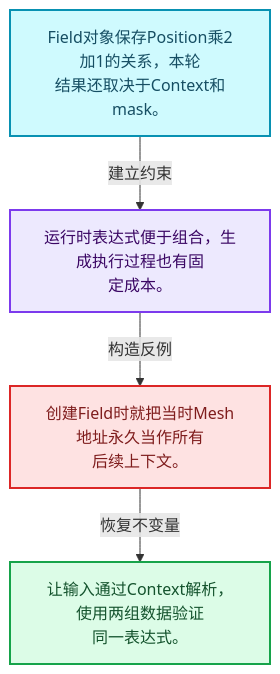
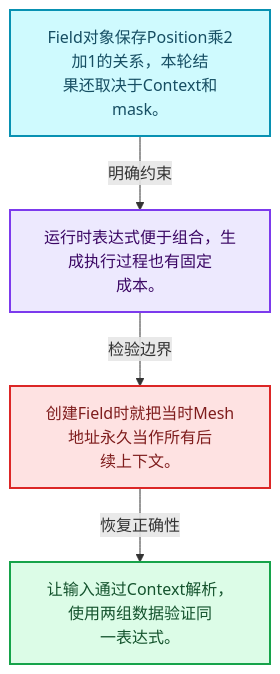
The first of 4 diagrams in 杂/markdown/全面学习-codex/08-Field表达式与求值/01-Field语义与表达式.md (yunkezengren/blender-.vscode), drawn with Mermaid before and after one commit. The commit also changed other lines of this file and 1930 other files, not shown here.

````diff
--- a/杂/markdown/全面学习-codex/08-Field表达式与求值/01-Field语义与表达式.md
+++ b/杂/markdown/全面学习-codex/08-Field表达式与求值/01-Field语义与表达式.md
@@ -29,16 +29,16 @@
 ```mermaid
 flowchart TB
-  M["Field对象保存Position乘2加1的关系，本轮<br/>结果还取决于Context和mask。"]:::data
-  T["运行时表达式便于组合，生成执行过程也有固<br/>定成本。"]:::abstraction
-  X["创建Field时就把当时Mesh地址永久当作所有<br/>后续上下文。"]:::error
-  A["让输入通过Context解析，使用两组数据验证<br/>同一表达式。"]:::result
-  M -->|"建立约束"| T
-  T -->|"构造反例"| X
-  X -->|"恢复不变量"| A
+  M["Field对象保存Position乘2加1的关系，本轮结<br/>果还取决于Context和mask。"]:::data
+  C["运行时表达式便于组合，生成执行过程也有固定<br/>成本。"]:::abstraction
+  B["创建Field时就把当时Mesh地址永久当作所有后<br/>续上下文。"]:::error
+  R["让输入通过Context解析，使用两组数据验证同<br/>一表达式。"]:::result
+  M -->|"明确约束"| C
+  C -->|"检验边界"| B
+  B -->|"恢复正确性"| R
   classDef input fill:#DBEAFE,stroke:#2563EB,color:#172554,stroke-width:2px;
   classDef data fill:#CFFAFE,stroke:#0891B2,color:#164E63,stroke-width:2px;
   classDef abstraction fill:#EDE9FE,stroke:#7C3AED,color:#3B0764,stroke-width:2px;
   classDef compute fill:#FEF3C7,stroke:#D97706,color:#78350F,stroke-width:2px;
   classDef result fill:#DCFCE7,stroke:#16A34A,color:#14532D,stroke-width:2px;
   classDef error fill:#FEE2E2,stroke:#DC2626,color:#7F1D1D,stroke-width:2px;
 ```
````
